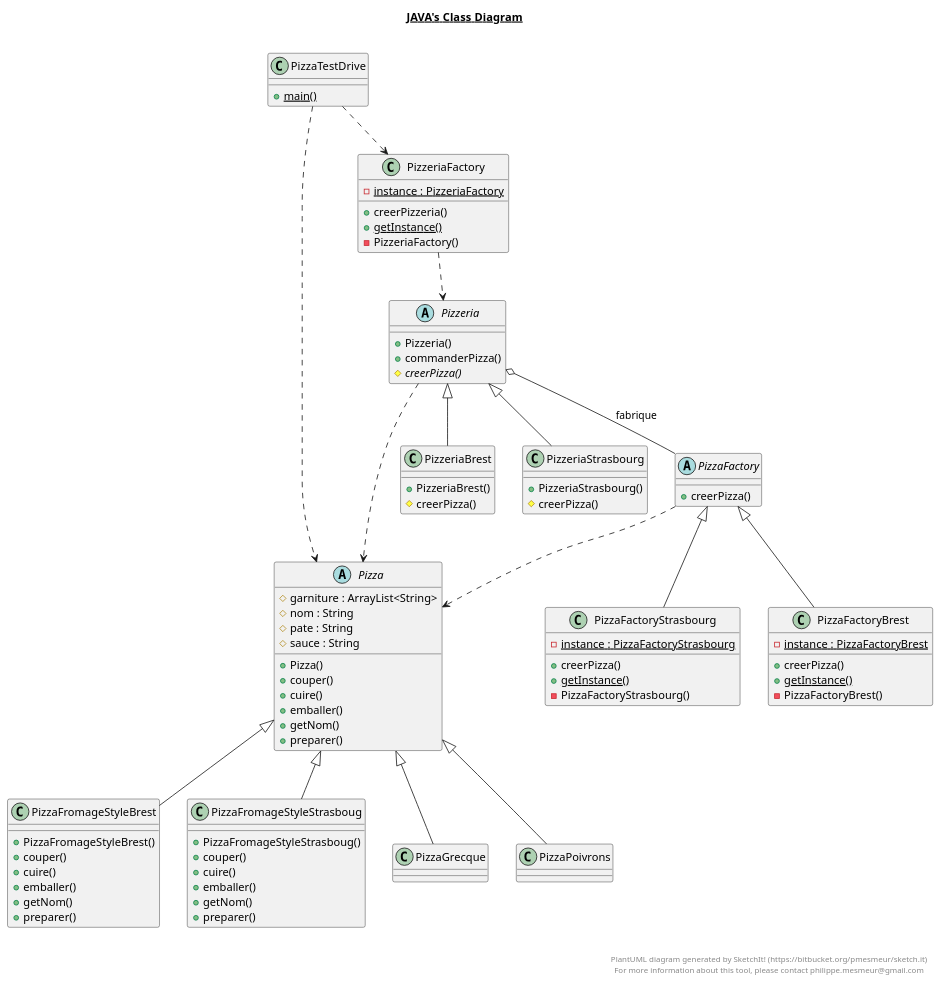
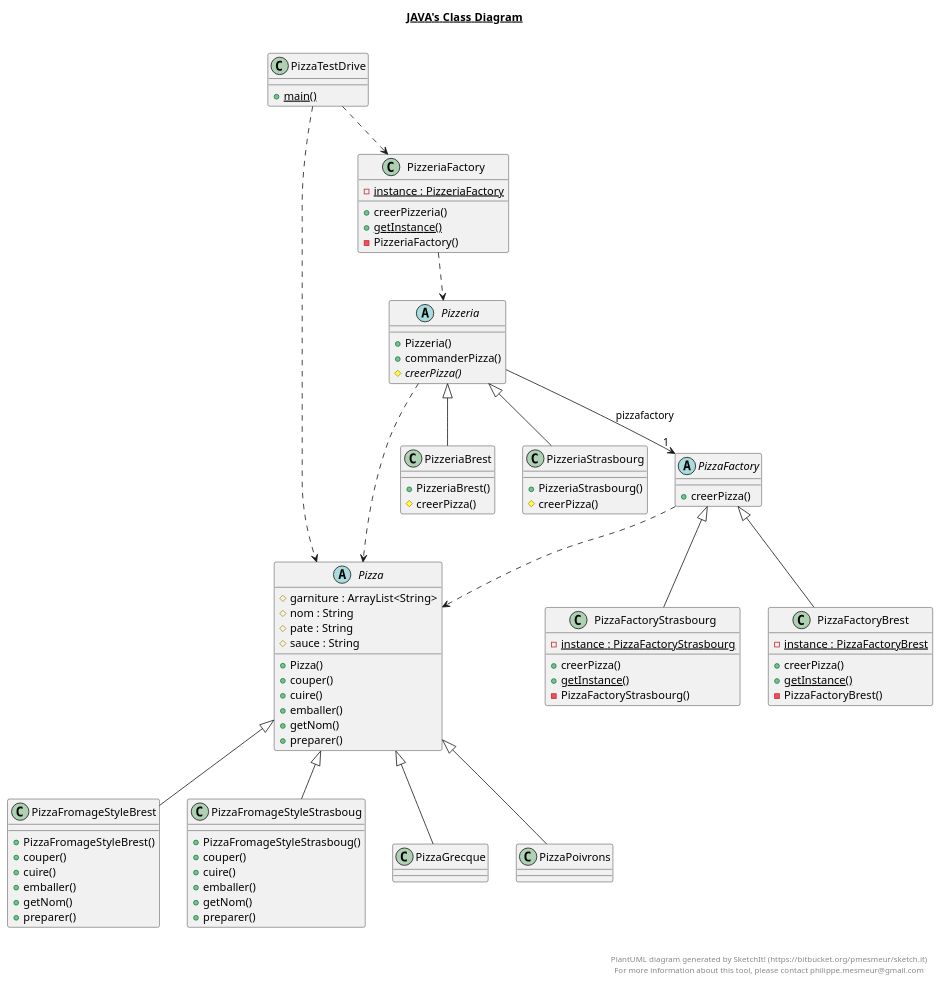
The diagram in docs/TP3.plantuml (IUT-Blagnac/cpoa-tp3-Martin-Billard), drawn with PlantUML before and after one commit.

Commit message:
correction uml

```diff
--- a/docs/TP3.plantuml
+++ b/docs/TP3.plantuml
@@ -1,144 +1,144 @@
 @startuml
 
 title __JAVA's Class Diagram__\n
 
     class PizzeriaFactory {
         {static} - instance : PizzeriaFactory
         + creerPizzeria()
         {static} + getInstance()
         - PizzeriaFactory()
     }
   
 
 
     abstract class Pizza {
         # garniture : ArrayList<String>
         # nom : String
         # pate : String
         # sauce : String
         + Pizza()
         + couper()
         + cuire()
         + emballer()
         + getNom()
         + preparer()
     }
 
   
 
 
     class PizzaFromageStyleBrest {
         + PizzaFromageStyleBrest()
         + couper()
         + cuire()
         + emballer()
         + getNom()
         + preparer()
     }
 
   
 
 
     class PizzaFromageStyleStrasboug {
         + PizzaFromageStyleStrasboug()
         + couper()
         + cuire()
         + emballer()
         + getNom()
         + preparer()
     }
 
   
 
     class PizzaGrecque {
     }
 
   
 
 
     class PizzaPoivrons {
     }
 
   
 
 
     class PizzaTestDrive {
         {static} + main()
     }
 
   
 
 
     abstract class Pizzeria {
         + Pizzeria()
         + commanderPizza()
         {abstract} # creerPizza()
     }
 
   
 
 
     class PizzeriaBrest {
         + PizzeriaBrest()
         # creerPizza()
     }
 
 
 
     class PizzeriaStrasbourg {
         + PizzeriaStrasbourg()
         # creerPizza()
     }
 
   
 
 
     abstract class PizzaFactory {
         + creerPizza()
     }
 
   
 
 
     class PizzaFactoryBrest {
         {static} - instance : PizzaFactoryBrest
         + creerPizza()
         {static} + getInstance()
         - PizzaFactoryBrest()
     }
 
   
 
 
     class PizzaFactoryStrasbourg {
         {static} - instance : PizzaFactoryStrasbourg
         + creerPizza()
         {static} + getInstance()
         - PizzaFactoryStrasbourg()
     }
 
   
 
   PizzaFromageStyleBrest -up-|> Pizza
   PizzaFromageStyleStrasboug -up-|> Pizza
   PizzaGrecque -up-|> Pizza
   PizzaPoivrons -up-|> Pizza
-  Pizzeria o-- PizzaFactory : fabrique
+  Pizzeria --> "1"PizzaFactory : pizzafactory
   PizzeriaBrest -up-|> Pizzeria
   PizzeriaStrasbourg -up-|> Pizzeria
   PizzaFactoryBrest -up-|> PizzaFactory
   PizzaFactoryStrasbourg -up-|> PizzaFactory
   PizzeriaFactory ..> Pizzeria
   PizzaTestDrive ..> PizzeriaFactory
   PizzaTestDrive ..> Pizza
   PizzaFactory ..> Pizza
   Pizzeria ..> Pizza
 
 right footer
 
 
 PlantUML diagram generated by SketchIt! (https://bitbucket.org/pmesmeur/sketch.it)
 For more information about this tool, please contact philippe.mesmeur@gmail.com
 endfooter
 
 @enduml
```
